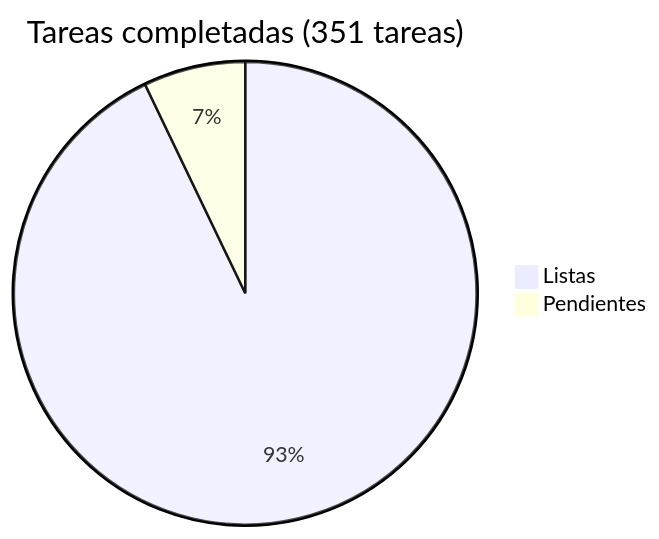
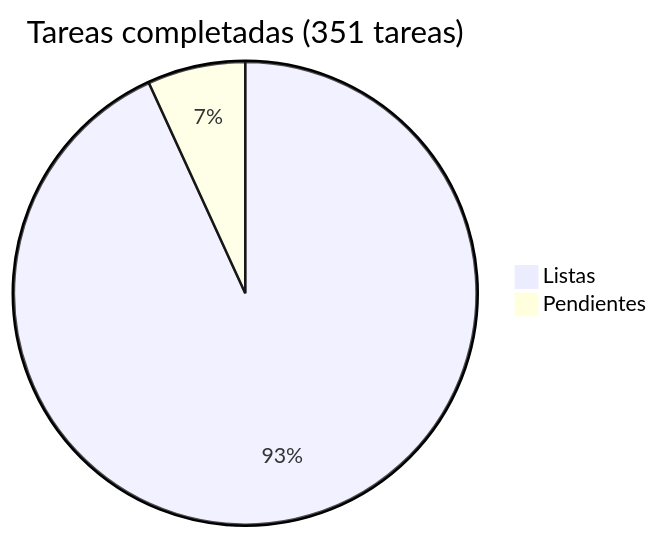
Before and after one commit to araguaney-lat/araguaney: the diagram in docs/roadmap/README.md, drawn with Mermaid. The commit also changed other lines of this file and 8 other files, not shown here.

````diff
--- a/docs/roadmap/README.md
+++ b/docs/roadmap/README.md
@@ -5,5 +5,5 @@
 ```mermaid
 pie title Tareas completadas (351 tareas)
-    "Listas" : 326
-    "Pendientes" : 25
+    "Listas" : 327
+    "Pendientes" : 24
 ```
````
